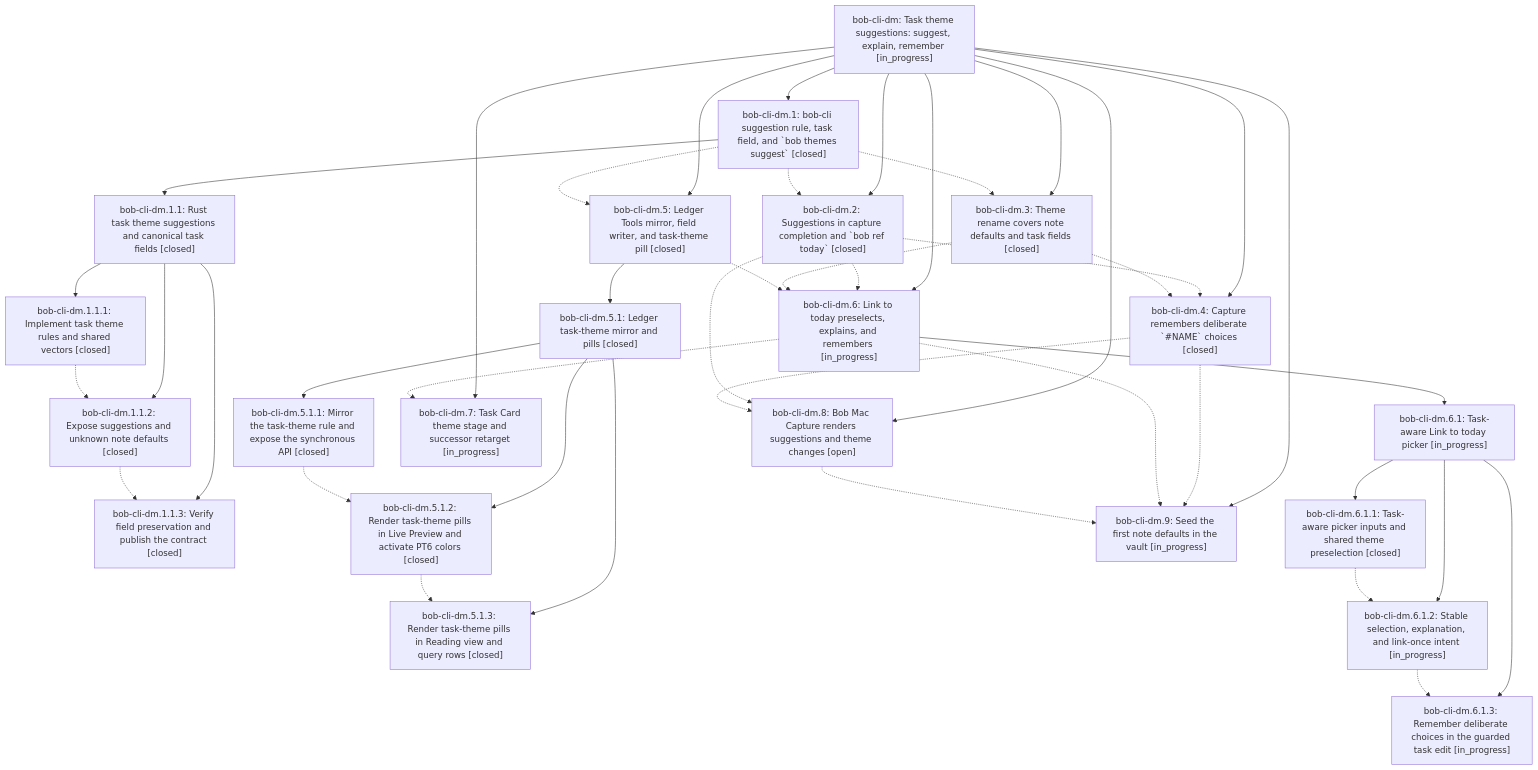
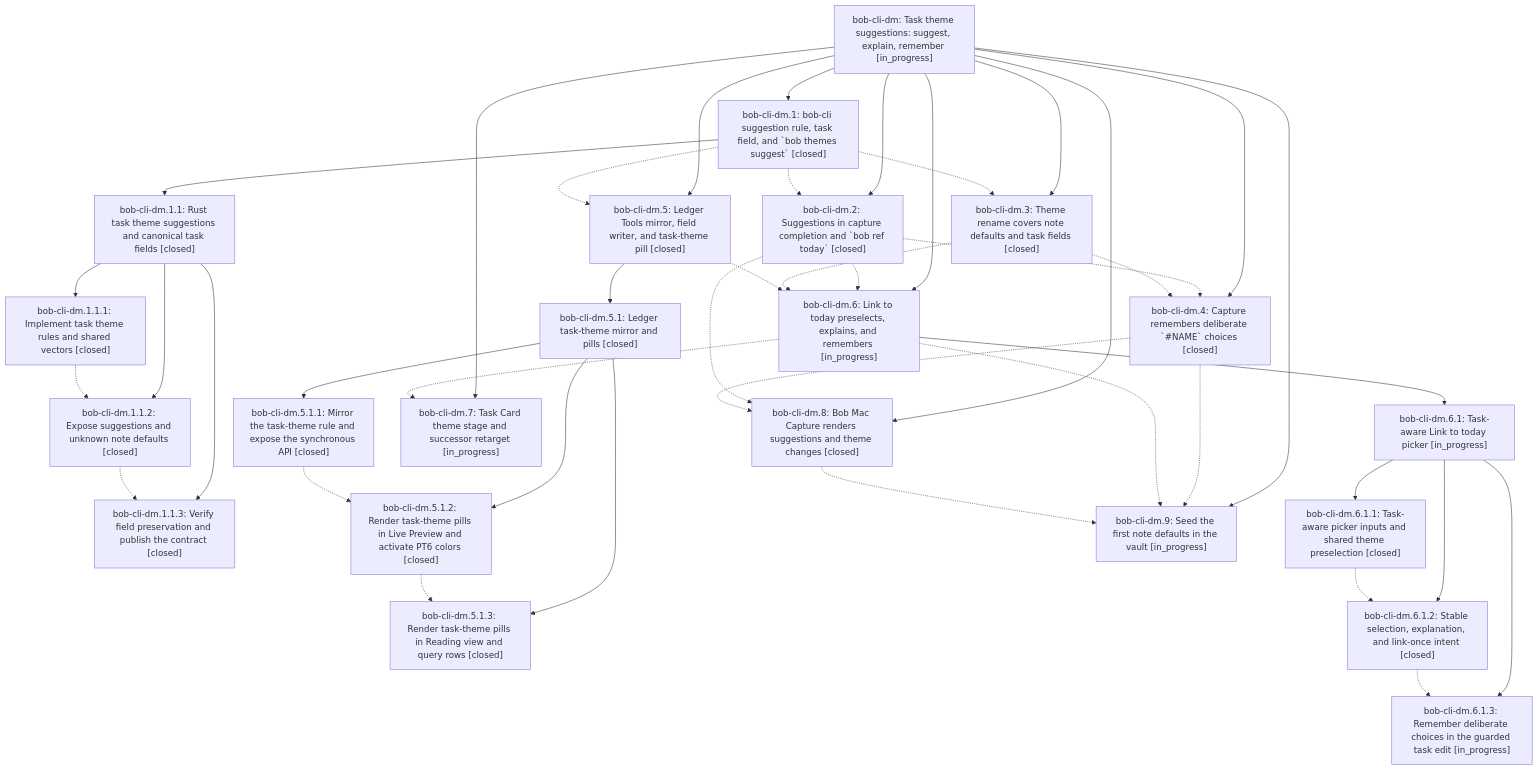
The diagram in pages/bob-cli-dm/README.md (bobs-org/bob-cli--beads), drawn with Mermaid before and after one commit. The commit also changed other lines of this file and 9 other files, not shown here.

First line of the commit message:
chore(beads): sync bead state and pages for bob-cli-dm

````diff
--- a/pages/bob-cli-dm/README.md
+++ b/pages/bob-cli-dm/README.md
@@ -44,66 +44,66 @@
 ```mermaid
 flowchart TD
     n0["bob-cli-dm: Task theme suggestions: suggest, explain, remember [in_progress]"]
     n1["bob-cli-dm.1: bob-cli suggestion rule, task field, and `bob themes suggest` [closed]"]
     n2["bob-cli-dm.1.1: Rust task theme suggestions and canonical task fields [closed]"]
     n3["bob-cli-dm.1.1.1: Implement task theme rules and shared vectors [closed]"]
     n4["bob-cli-dm.1.1.2: Expose suggestions and unknown note defaults [closed]"]
     n5["bob-cli-dm.1.1.3: Verify field preservation and publish the contract [closed]"]
     n6["bob-cli-dm.2: Suggestions in capture completion and `bob ref today` [closed]"]
     n7["bob-cli-dm.3: Theme rename covers note defaults and task fields [closed]"]
     n8["bob-cli-dm.4: Capture remembers deliberate `#NAME` choices [closed]"]
     n9["bob-cli-dm.5: Ledger Tools mirror, field writer, and task-theme pill [closed]"]
     n10["bob-cli-dm.5.1: Ledger task-theme mirror and pills [closed]"]
     n11["bob-cli-dm.5.1.1: Mirror the task-theme rule and expose the synchronous API [closed]"]
     n12["bob-cli-dm.5.1.2: Render task-theme pills in Live Preview and activate PT6 colors [closed]"]
     n13["bob-cli-dm.5.1.3: Render task-theme pills in Reading view and query rows [closed]"]
     n14["bob-cli-dm.6: Link to today preselects, explains, and remembers [in_progress]"]
     n15["bob-cli-dm.6.1: Task-aware Link to today picker [in_progress]"]
     n16["bob-cli-dm.6.1.1: Task-aware picker inputs and shared theme preselection [closed]"]
-    n17["bob-cli-dm.6.1.2: Stable selection, explanation, and link-once intent [in_progress]"]
+    n17["bob-cli-dm.6.1.2: Stable selection, explanation, and link-once intent [closed]"]
     n18["bob-cli-dm.6.1.3: Remember deliberate choices in the guarded task edit [in_progress]"]
     n19["bob-cli-dm.7: Task Card theme stage and successor retarget [in_progress]"]
-    n20["bob-cli-dm.8: Bob Mac Capture renders suggestions and theme changes [open]"]
+    n20["bob-cli-dm.8: Bob Mac Capture renders suggestions and theme changes [closed]"]
     n21["bob-cli-dm.9: Seed the first note defaults in the vault [in_progress]"]
     n0 --> n1
     n1 --> n2
     n2 --> n3
     n2 --> n4
     n2 --> n5
     n0 --> n6
     n0 --> n7
     n0 --> n8
     n0 --> n9
     n9 --> n10
     n10 --> n11
     n10 --> n12
     n10 --> n13
     n0 --> n14
     n14 --> n15
     n15 --> n16
     n15 --> n17
     n15 --> n18
     n0 --> n19
     n0 --> n20
     n0 --> n21
     n1 -.-> n6
     n1 -.-> n7
     n1 -.-> n9
     n3 -.-> n4
     n4 -.-> n5
     n6 -.-> n8
     n6 -.-> n14
     n6 -.-> n20
     n7 -.-> n8
     n7 -.-> n14
     n8 -.-> n20
     n8 -.-> n21
     n9 -.-> n14
     n11 -.-> n12
     n12 -.-> n13
     n14 -.-> n19
     n14 -.-> n21
     n16 -.-> n17
     n17 -.-> n18
     n20 -.-> n21
 ```
````
